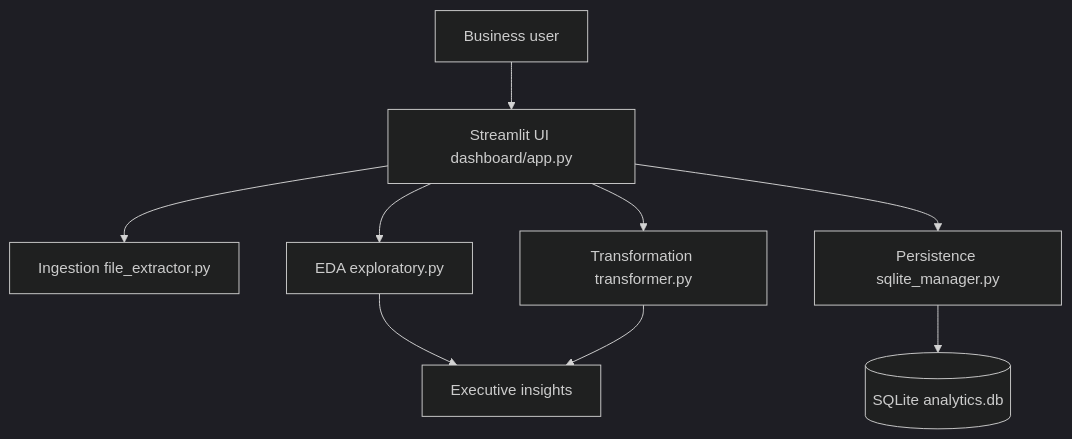
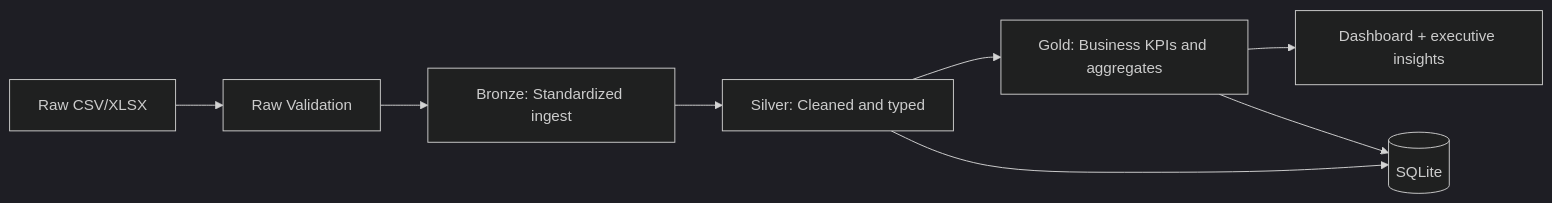
The first of 2 diagrams in docs/ARCHITECTURE.md (samuelmaia-analytics/data-senior-analytics), drawn with Mermaid (dark theme) before and after one commit. The commit also changed other lines of this file and 18 other files, not shown here.

````diff
--- a/docs/ARCHITECTURE.md
+++ b/docs/ARCHITECTURE.md
@@ -7,11 +14,10 @@
 ```mermaid
-flowchart TD
-    U[Business user] --> A[Streamlit UI dashboard/app.py]
-    A --> B[Ingestion file_extractor.py]
-    A --> C[Transformation transformer.py]
-    A --> D[EDA exploratory.py]
-    A --> E[Persistence sqlite_manager.py]
-    E --> F[(SQLite analytics.db)]
-    D --> G[Executive insights]
-    C --> G
+flowchart LR
+    A[Raw CSV/XLSX] --> B[Raw Validation]
+    B --> C[Bronze: Standardized ingest]
+    C --> D[Silver: Cleaned and typed]
+    D --> E[Gold: Business KPIs and aggregates]
+    E --> F[Dashboard + executive insights]
+    D --> G[(SQLite)]
+    E --> G
 ```
````
